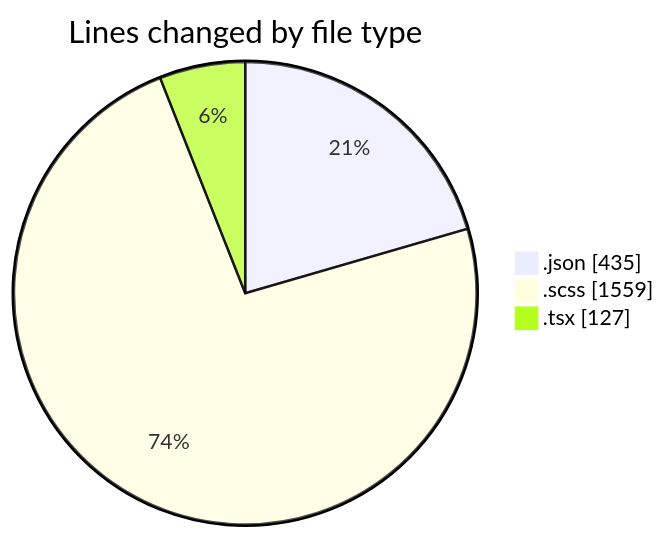
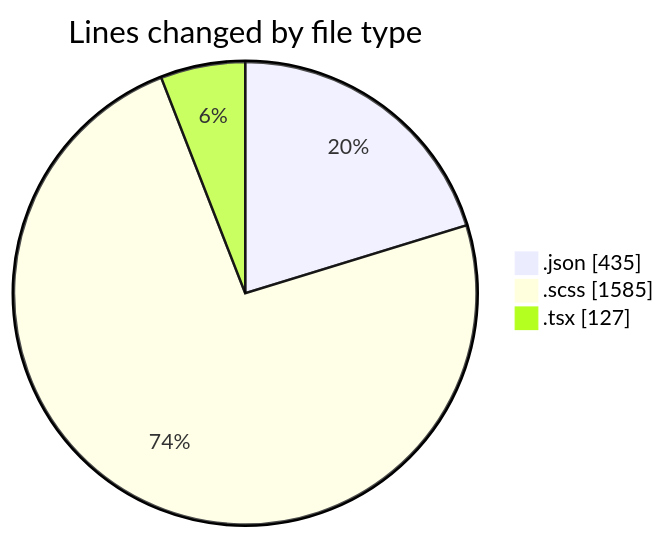
Before and after one commit to momahboobian/code-tracking: the first of 2 diagrams in 2026-08-11/cda/README.md, drawn with Mermaid. The commit also changed other lines of this file and 1 other file, not shown here.

````diff
--- a/2026-08-11/cda/README.md
+++ b/2026-08-11/cda/README.md
@@ -25,7 +26,7 @@
 ```mermaid
 pie showData
 title Lines changed by file type
 ".json" : 435
-".scss" : 1559
+".scss" : 1585
 ".tsx" : 127
 ```
````
